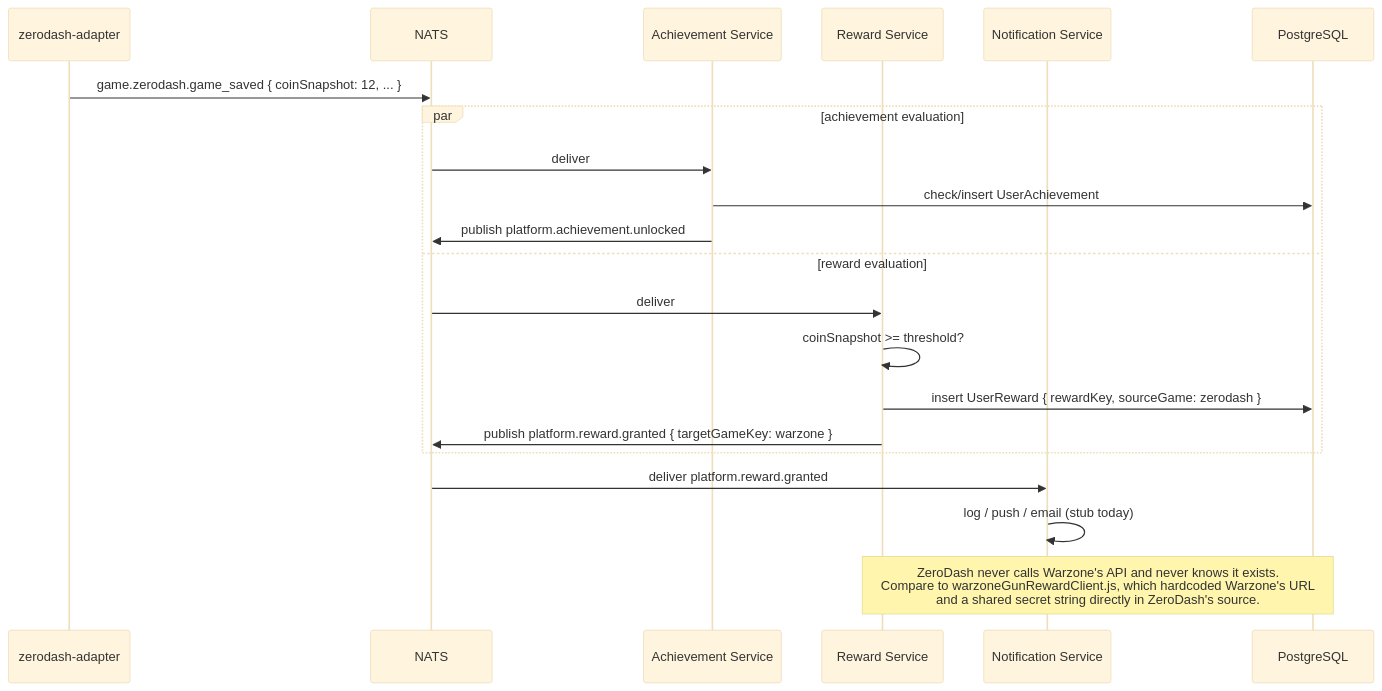
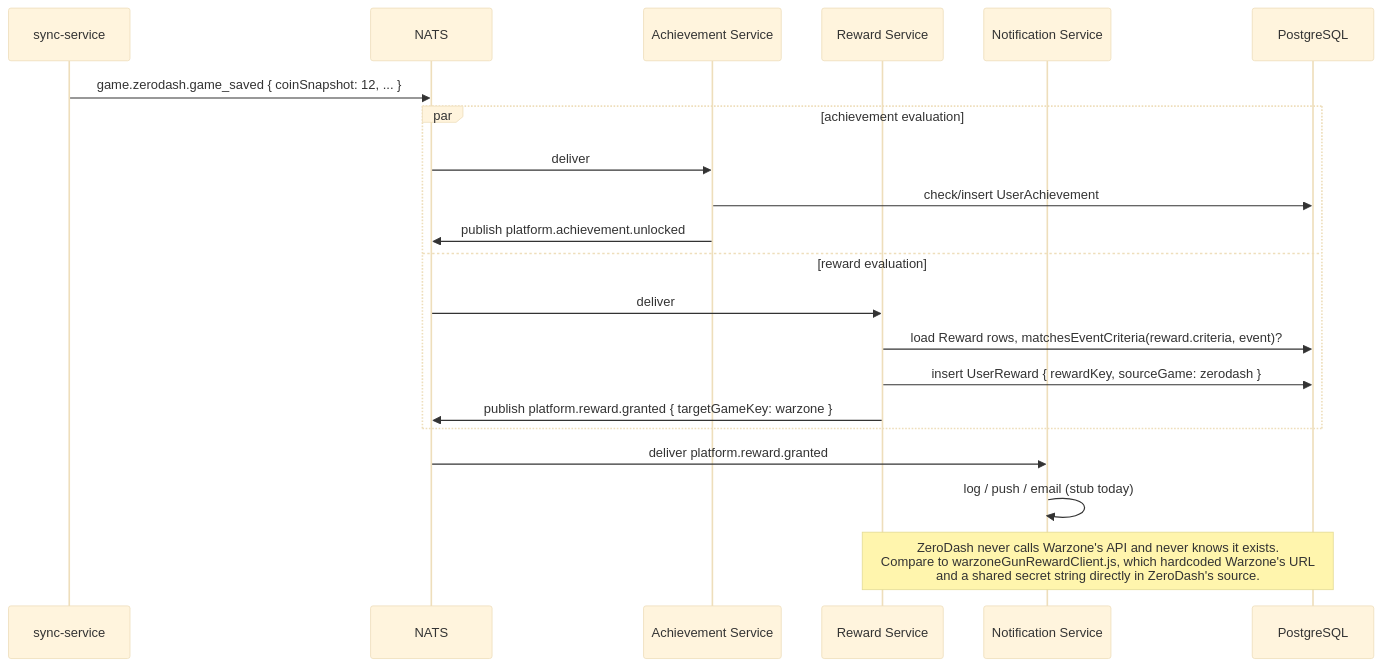
Before and after one commit to potassiumdichromate/0g-kultbackend: the fifth of 5 diagrams in architecture/02-service-communication.md, drawn with Mermaid (base theme). The commit also changed other lines of this file and 62 other files, not shown here.

````diff
--- a/architecture/02-service-communication.md
+++ b/architecture/02-service-communication.md
@@ -94,24 +128,24 @@
 ```mermaid
 sequenceDiagram
-    participant Adapter as zerodash-adapter
+    participant Adapter as sync-service
     participant NATS
     participant Achievement as Achievement Service
     participant Reward as Reward Service
     participant Notification as Notification Service
     participant PG as PostgreSQL
 
     Adapter->>NATS: game.zerodash.game_saved { coinSnapshot: 12, ... }
     par achievement evaluation
         NATS->>Achievement: deliver
         Achievement->>PG: check/insert UserAchievement
         Achievement->>NATS: publish platform.achievement.unlocked
     and reward evaluation
         NATS->>Reward: deliver
-        Reward->>Reward: coinSnapshot >= threshold?
+        Reward->>PG: load Reward rows, matchesEventCriteria(reward.criteria, event)?
         Reward->>PG: insert UserReward { rewardKey, sourceGame: zerodash }
         Reward->>NATS: publish platform.reward.granted { targetGameKey: warzone }
     end
     NATS->>Notification: deliver platform.reward.granted
     Notification->>Notification: log / push / email (stub today)
     Note over Reward,PG: ZeroDash never calls Warzone's API and never knows it exists.<br/>Compare to warzoneGunRewardClient.js, which hardcoded Warzone's URL<br/>and a shared secret string directly in ZeroDash's source.
 ```
````
